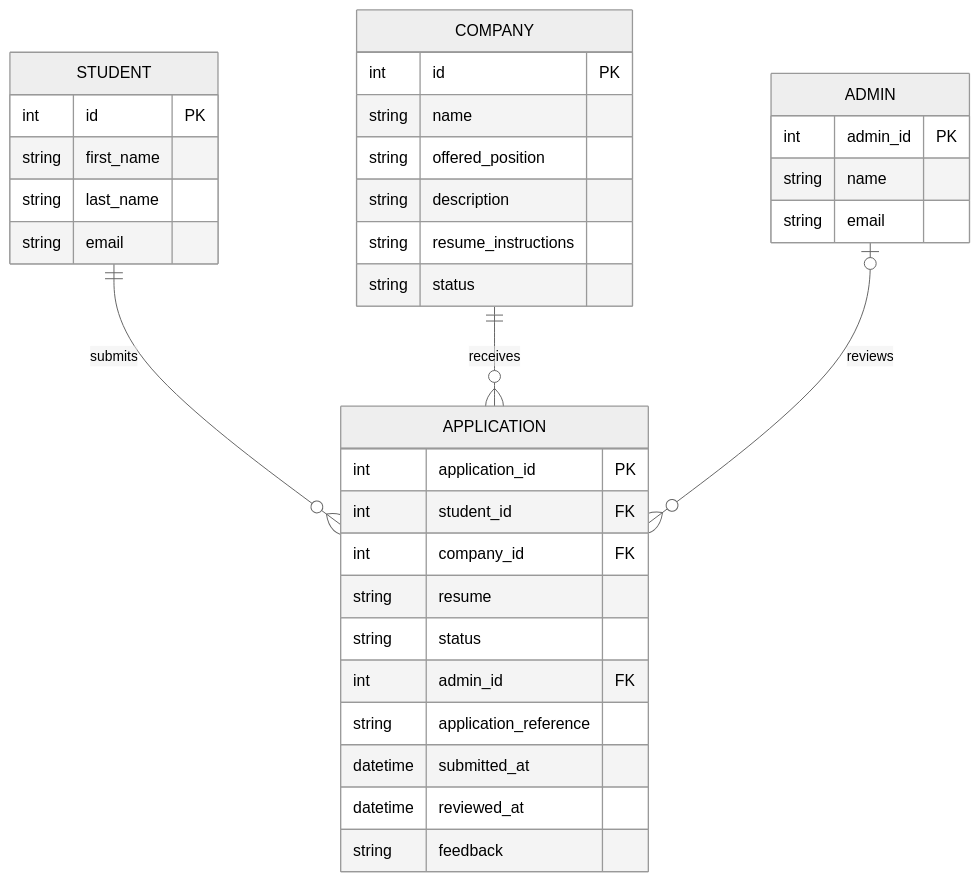
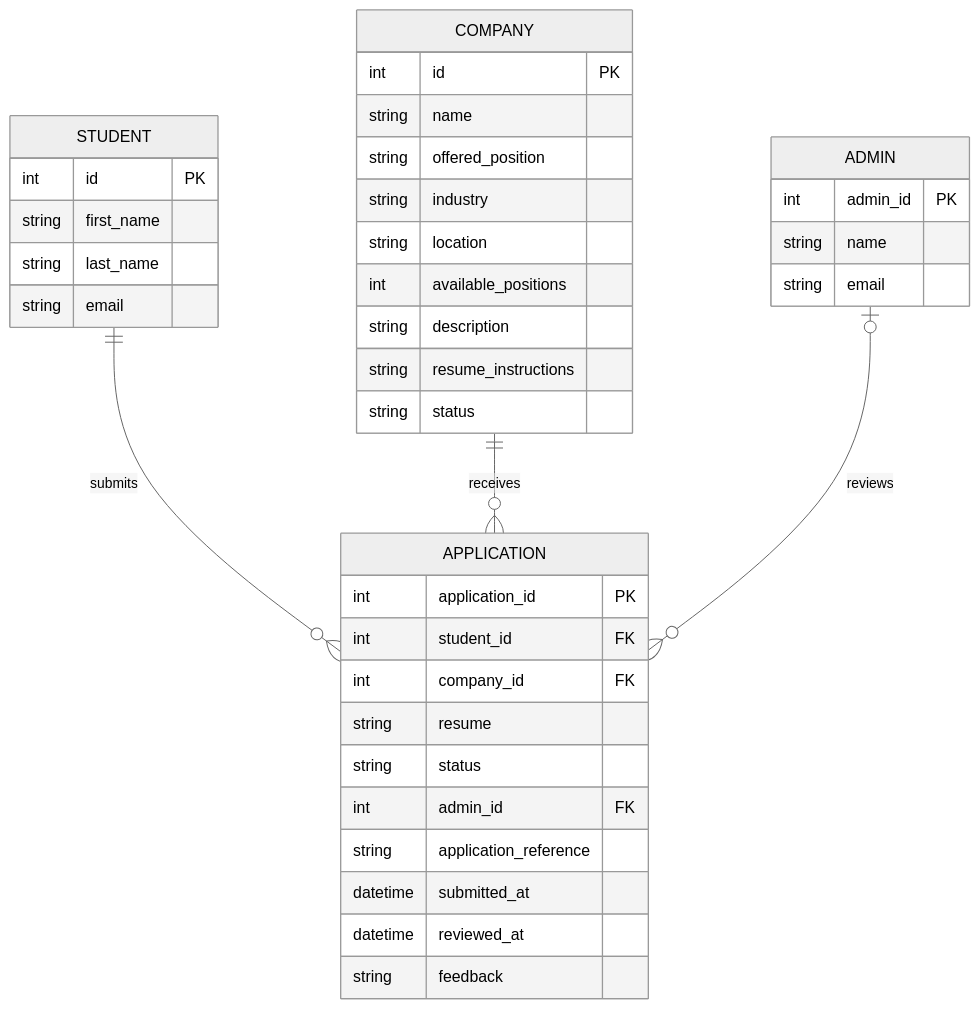
One commit to Locktus/myIntern_Comp3613a1 changed the second of 2 diagrams in docs/report.md. Above: the diagram before and after it, drawn with Mermaid (neutral theme). The commit also changed other lines of this file and 10 other files, not shown here.

````diff
--- a/docs/report.md
+++ b/docs/report.md
@@ -104,41 +104,44 @@
 ```mermaid
 erDiagram
   STUDENT ||--o{ APPLICATION : submits
   COMPANY ||--o{ APPLICATION : receives
   ADMIN o|--o{ APPLICATION : reviews
 
   STUDENT {
     int id PK
     string first_name
     string last_name
     string email
   }
 
   COMPANY {
     int id PK
     string name
     string offered_position
+    string industry
+    string location
+    int available_positions
     string description
     string resume_instructions
     string status
   }
 
   APPLICATION {
     int application_id PK
     int student_id FK
     int company_id FK
     string resume
     string status
     int admin_id FK
     string application_reference
     datetime submitted_at
     datetime reviewed_at
     string feedback
   }
 
   ADMIN {
     int admin_id PK
     string name
     string email
   }
 ```
````
